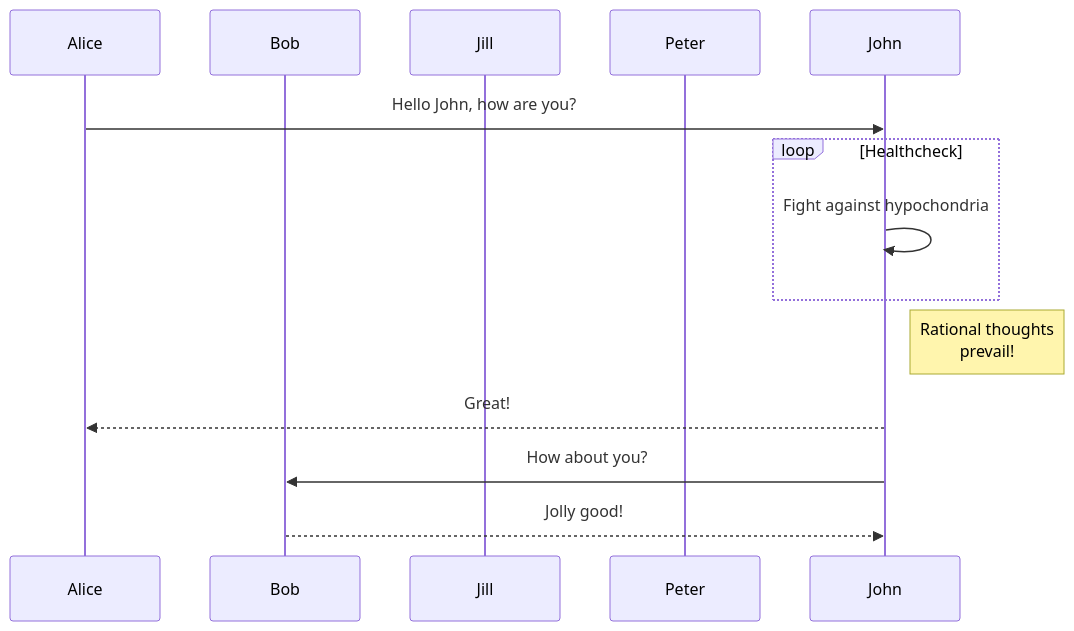
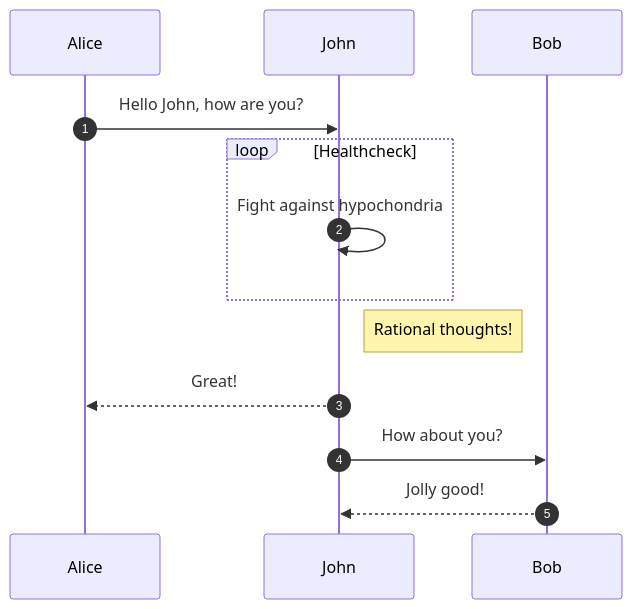
The second of 12 diagrams in src/samples/mermaid.md (nextsummer33/letdoc), drawn with Mermaid before and after one commit. The commit also changed other lines of this file and 6 other files, not shown here.

Commit message:
Fixed the mermaid all the css issues.

````diff
--- a/src/samples/mermaid.md
+++ b/src/samples/mermaid.md
@@ -21,15 +40,12 @@
 ```mermaid
 sequenceDiagram
-    participant Alice
-    participant Bob
-    participant Jill
-    participant Peter
+    autonumber
     Alice->>John: Hello John, how are you?
     loop Healthcheck
         John->>John: Fight against hypochondria
     end
-    Note right of John: Rational thoughts <br/>prevail!
+    Note right of John: Rational thoughts!
     John-->>Alice: Great!
     John->>Bob: How about you?
     Bob-->>John: Jolly good!
 ```
````
